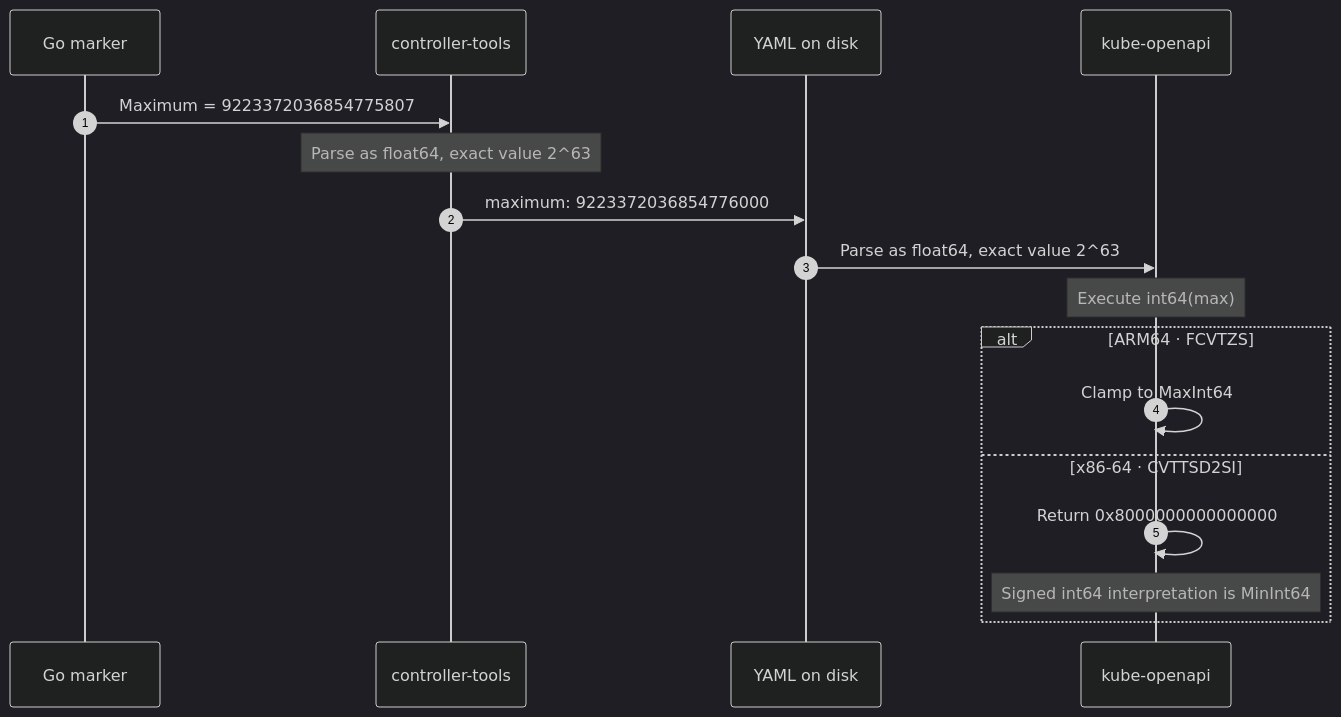
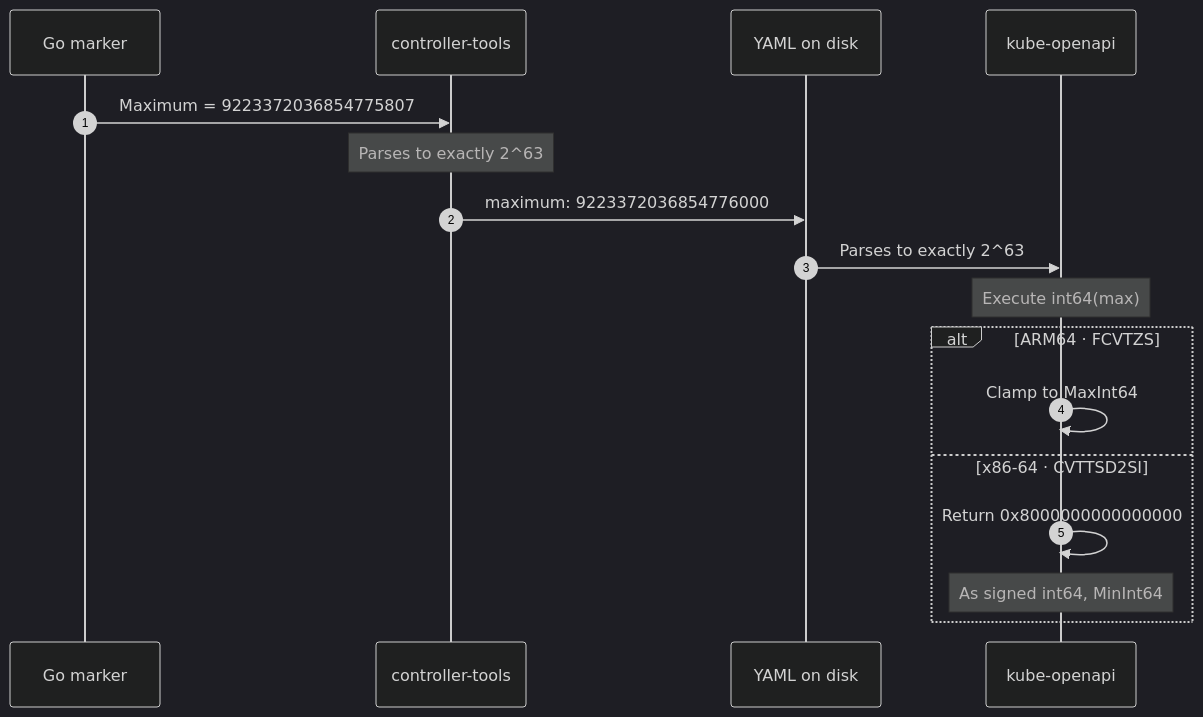
The diagram in src/content/preview/the-maximum-became-the-minimum.mdx (initor/blog-nextjs), drawn with Mermaid (dark theme) before and after one commit. The commit also changed other lines of this file and 2 other files, not shown here.

First line of the commit message:
fix: correct the-maximum-became-the-minimum and diagram rendering (#56)

````diff
--- a/src/content/preview/the-maximum-became-the-minimum.mdx
+++ b/src/content/preview/the-maximum-became-the-minimum.mdx
@@ -55,19 +55,19 @@
 ```mermaid
 sequenceDiagram
     autonumber
     participant M as Go marker
     participant G as controller-tools
     participant Y as YAML on disk
     participant V as kube-openapi
     M->>G: Maximum = 9223372036854775807
-    Note over G: Parse as float64, exact value 2^63
+    Note over G: Parses to exactly 2^63
     G->>Y: maximum: 9223372036854776000
-    Y->>V: Parse as float64, exact value 2^63
+    Y->>V: Parses to exactly 2^63
     Note over V: Execute int64(max)
     alt ARM64 · FCVTZS
         V->>V: Clamp to MaxInt64
     else x86-64 · CVTTSD2SI
         V->>V: Return 0x8000000000000000
-        Note over V: Signed int64 interpretation is MinInt64
+        Note over V: As signed int64, MinInt64
     end
 ```
````
